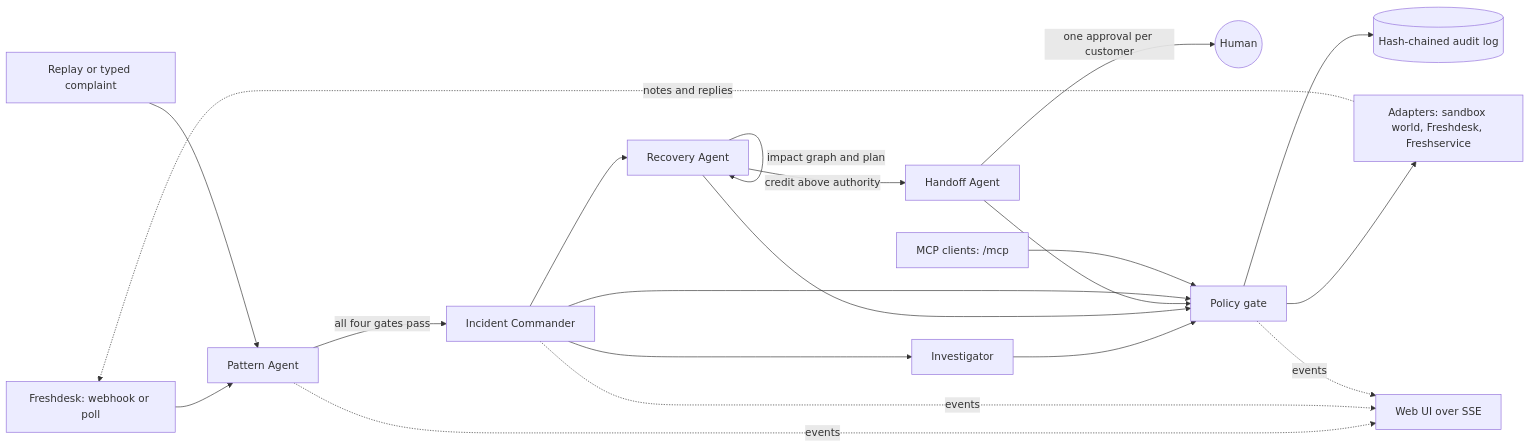
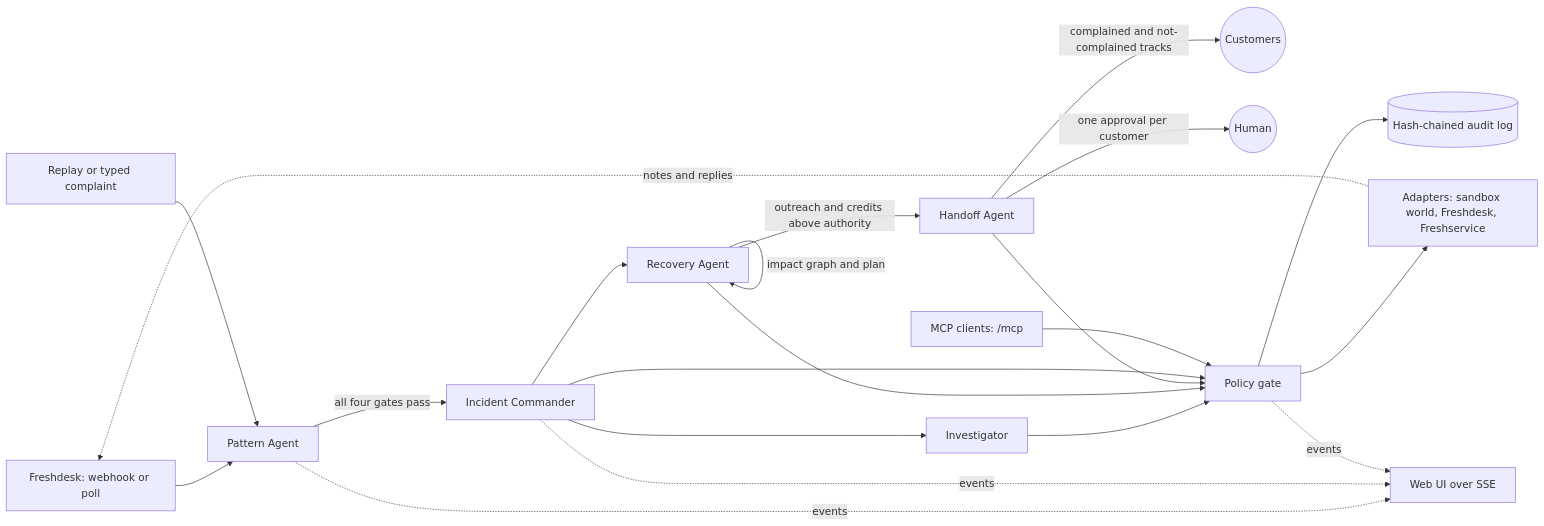
One commit to Sachin0496/crisiscrew changed the diagram in README.md. Above: the diagram before and after it, drawn with Mermaid. The commit also changed other lines of this file and 20 other files, not shown here.

First line of the commit message:
Handoff Agent owns customer outreach, in complained and not-complained tracks

````diff
--- a/README.md
+++ b/README.md
@@ -263,17 +278,18 @@
 ```mermaid
 flowchart LR
   FD[Freshdesk: webhook or poll] --> PA[Pattern Agent]
   RP[Replay or typed complaint] --> PA
   PA -- all four gates pass --> IC[Incident Commander]
   IC --> INV[Investigator]
   IC --> REC[Recovery Agent]
   REC -- impact graph and plan --> REC
-  REC -- credit above authority --> HO[Handoff Agent]
+  REC -- outreach and credits above authority --> HO[Handoff Agent]
+  HO -- complained and not-complained tracks --> CU((Customers))
   HO -- one approval per customer --> H((Human))
   INV & REC & HO & IC --> G[Policy gate]
   MCP[MCP clients: /mcp] --> G
   G --> A[Adapters: sandbox world, Freshdesk, Freshservice]
   G --> L[(Hash-chained audit log)]
   PA & IC & G -. events .-> UI[Web UI over SSE]
   A -. notes and replies .-> FD
 ```
````
